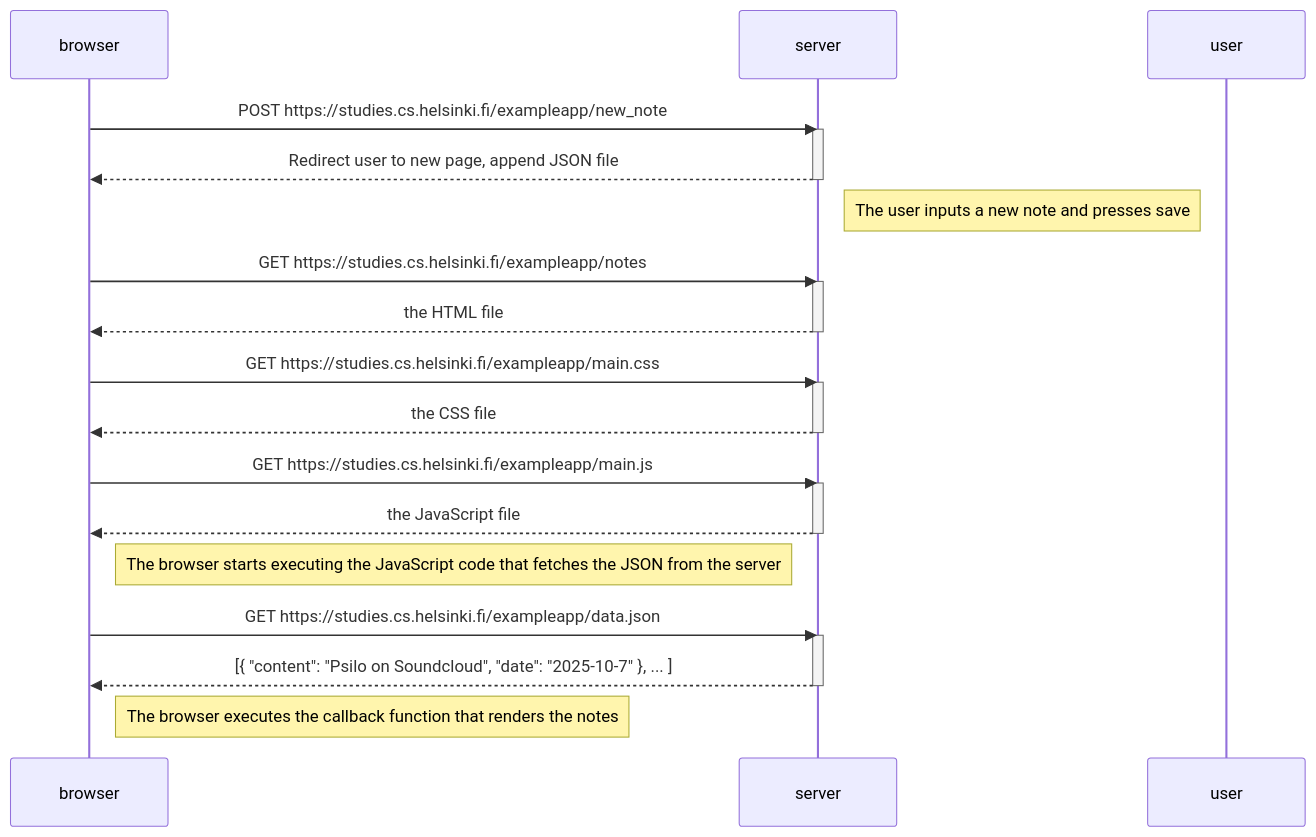
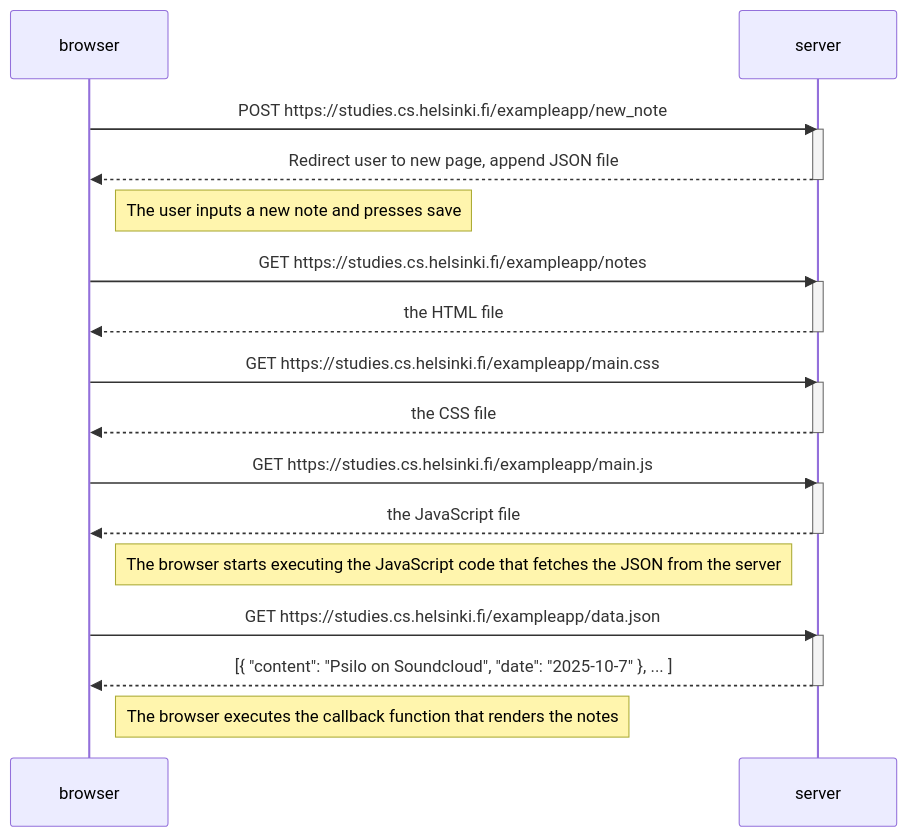
Before and after one commit to astoaks05/fullstackopen: the diagram in part0/0.4-new-note-diagram.md, drawn with Mermaid.

Commit message:
Fix the error where I said user instead of browser

````diff
--- a/part0/0.4-new-note-diagram.md
+++ b/part0/0.4-new-note-diagram.md
@@ -1,36 +1,36 @@
 ```mermaid
 sequenceDiagram
     participant browser
     participant server
 
     browser->>server: POST https://studies.cs.helsinki.fi/exampleapp/new_note
     activate server
     server-->>browser: Redirect user to new page, append JSON file
     deactivate server
 
-    Note left of user: The user inputs a new note and presses save
+    Note right of browser: The user inputs a new note and presses save
 
     browser->>server: GET https://studies.cs.helsinki.fi/exampleapp/notes
     activate server
     server-->>browser: the HTML file
     deactivate server
 
     browser->>server: GET https://studies.cs.helsinki.fi/exampleapp/main.css
     activate server
     server-->>browser: the CSS file
     deactivate server
 
     browser->>server: GET https://studies.cs.helsinki.fi/exampleapp/main.js
     activate server
     server-->>browser: the JavaScript file
     deactivate server
 
     Note right of browser: The browser starts executing the JavaScript code that fetches the JSON from the server
 
     browser->>server: GET https://studies.cs.helsinki.fi/exampleapp/data.json
     activate server
     server-->>browser: [{ "content": "Psilo on Soundcloud", "date": "2025-10-7" }, ... ]
     deactivate server
 
     Note right of browser: The browser executes the callback function that renders the notes
 ```
````
